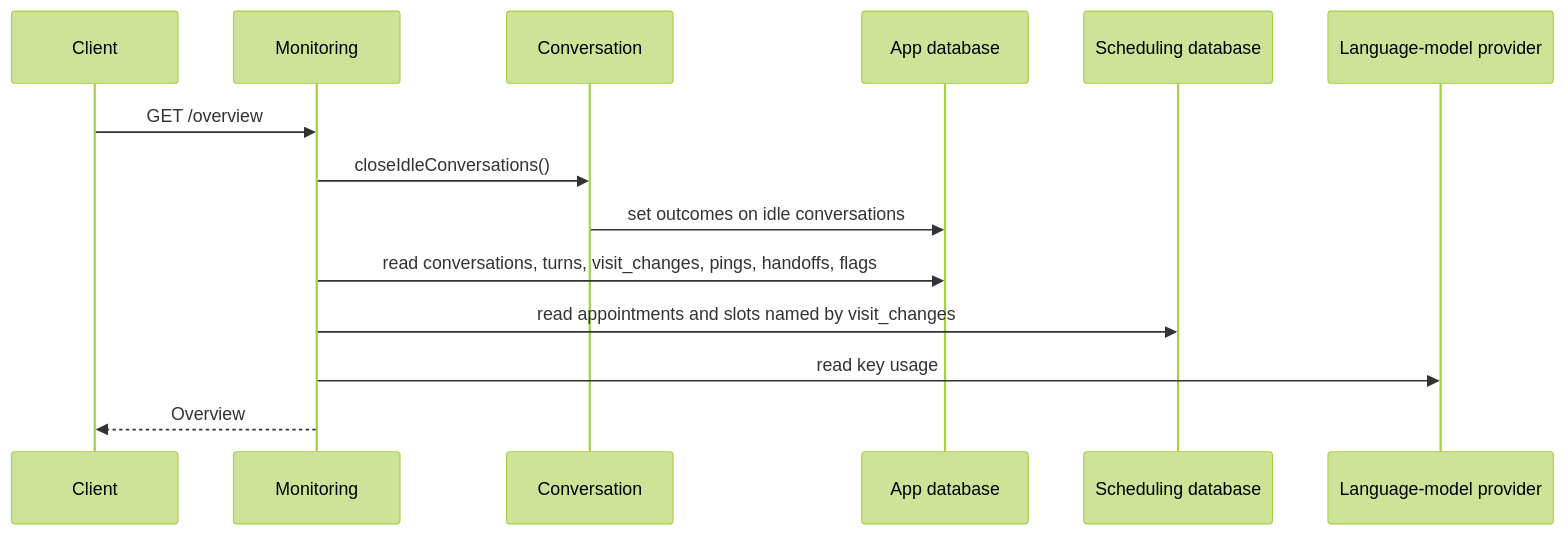
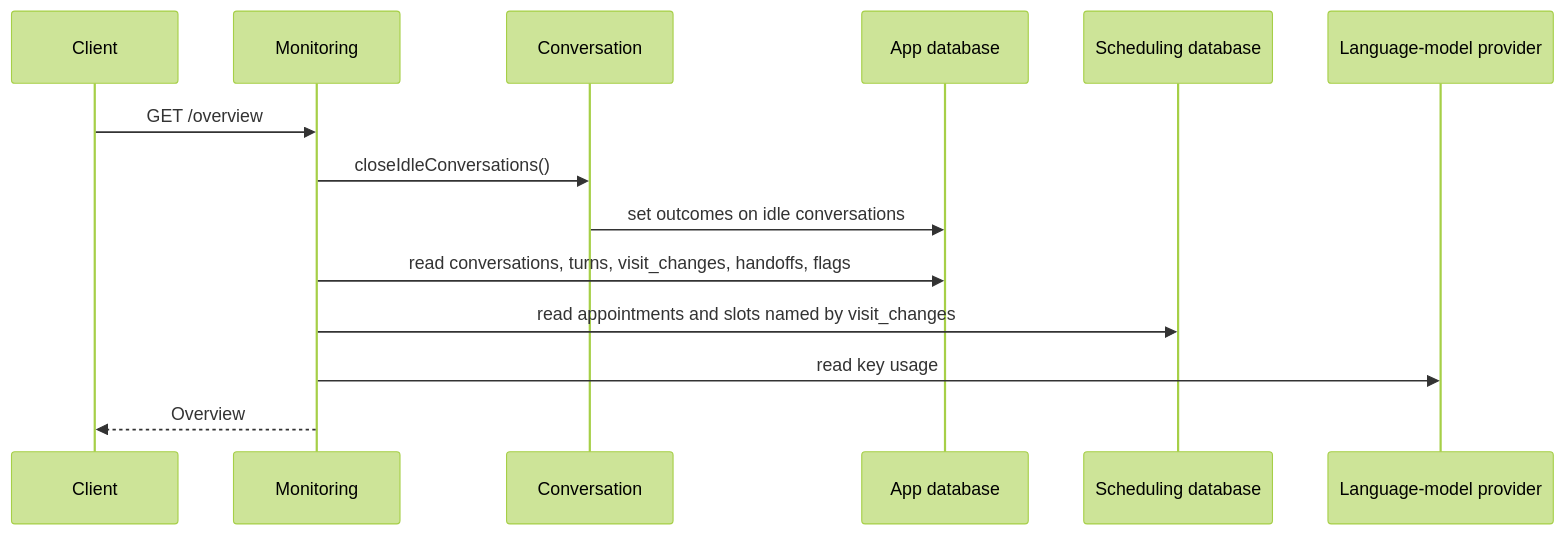
Before and after one commit to ThinkBuildMake/aea-fde-challenge: the sixth of 11 diagrams in docs/ARCHITECTURE.md, drawn with Mermaid (forest theme). The commit also changed other lines of this file and 13 other files, not shown here.

````diff
--- a/docs/ARCHITECTURE.md
+++ b/docs/ARCHITECTURE.md
@@ -262,16 +260,16 @@
 ```mermaid
 sequenceDiagram
   participant C as Client
   participant M as Monitoring
   participant V as Conversation
   participant A as App database
   participant SDB as Scheduling database
   participant L as Language-model provider
   C->>M: GET /overview
   M->>V: closeIdleConversations()
   V->>A: set outcomes on idle conversations
-  M->>A: read conversations, turns, visit_changes, pings, handoffs, flags
+  M->>A: read conversations, turns, visit_changes, handoffs, flags
   M->>SDB: read appointments and slots named by visit_changes
   M->>L: read key usage
   M-->>C: Overview
 ```
````
